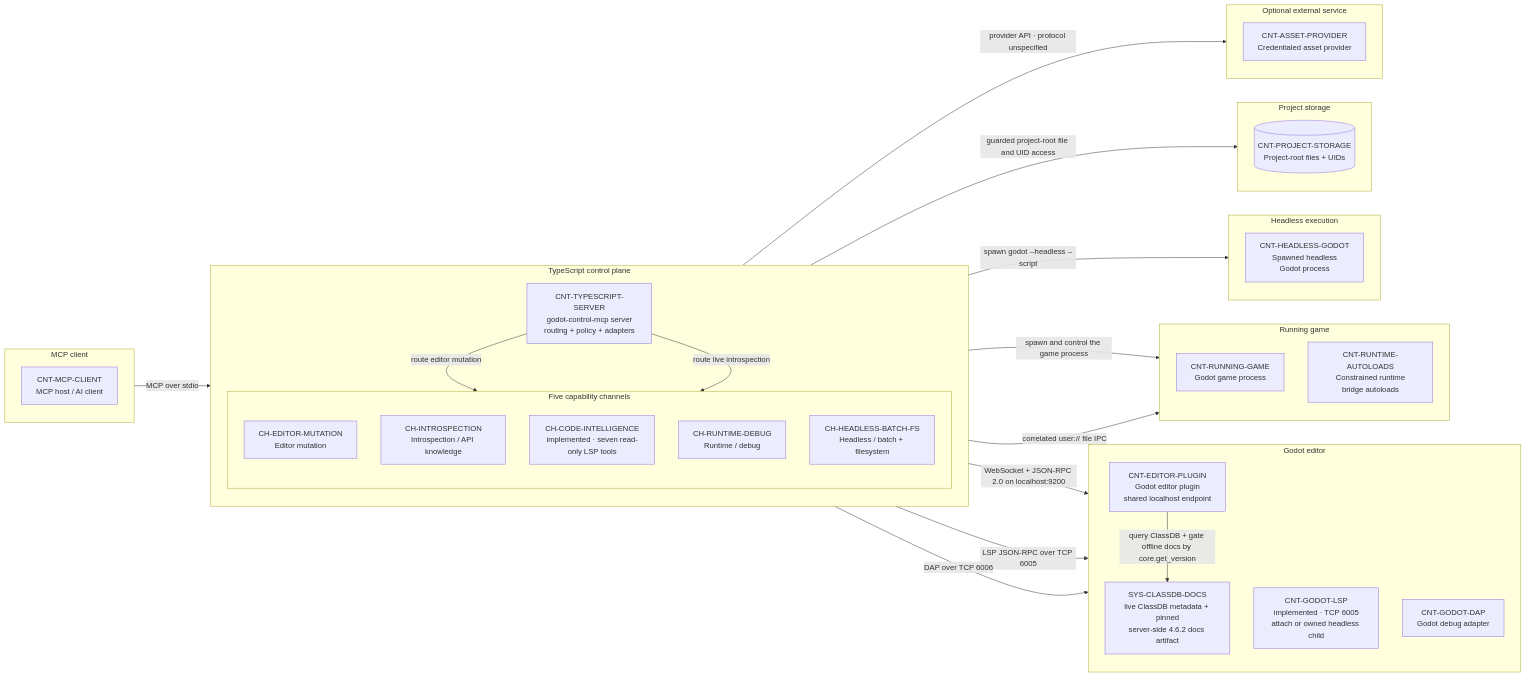
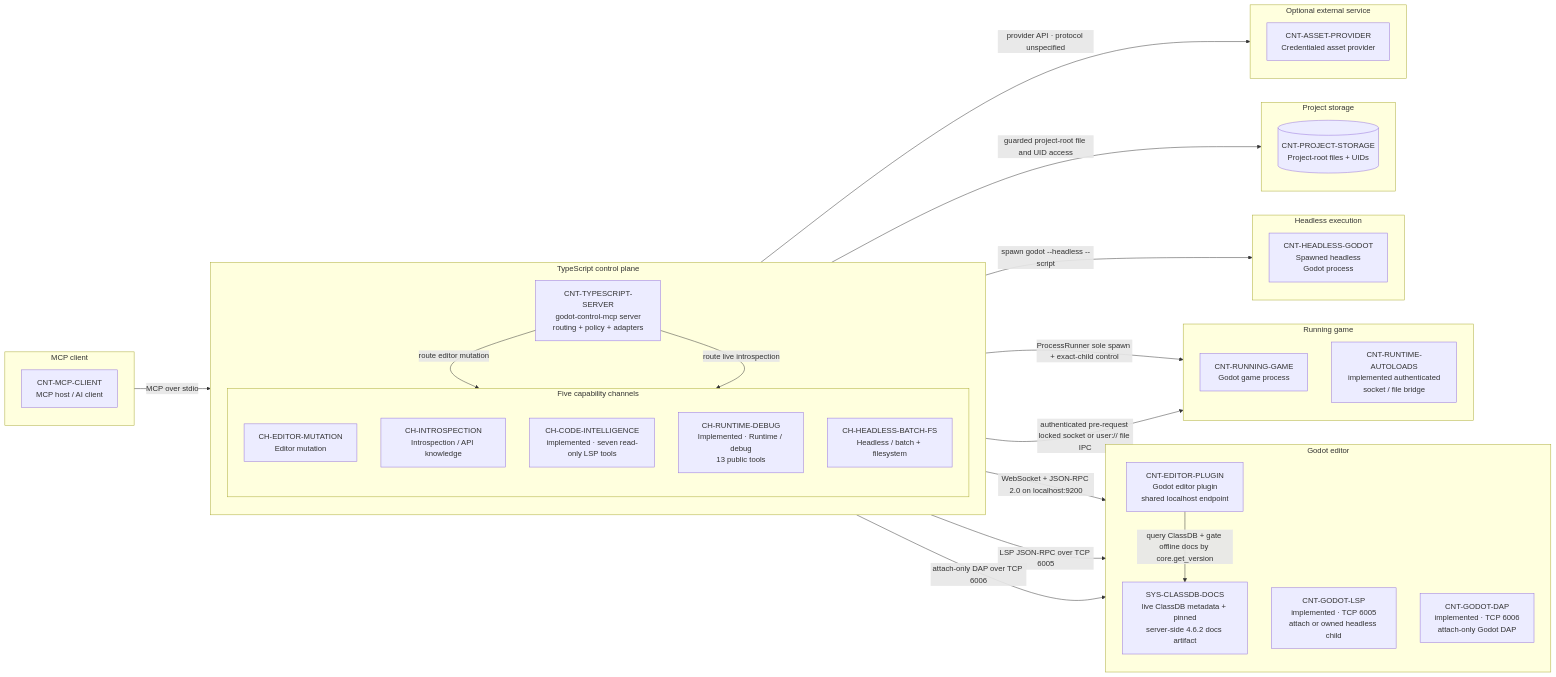
The diagram in docs/architecture/02-container-channels.md (9thLevelSoftware/robogodot), drawn with Mermaid before and after one commit. The commit also changed other lines of this file and 37 other files, not shown here.

```diff
--- a/docs/architecture/02-container-channels.md
+++ b/docs/architecture/02-container-channels.md
@@ -37,7 +37,7 @@
       %% atlas-node: CH-CODE-INTELLIGENCE
       CH_CODE_INTELLIGENCE["CH-CODE-INTELLIGENCE<br/>implemented · seven read-only LSP tools"]
       %% atlas-node: CH-RUNTIME-DEBUG
-      CH_RUNTIME_DEBUG["CH-RUNTIME-DEBUG<br/>Runtime / debug"]
+      CH_RUNTIME_DEBUG["CH-RUNTIME-DEBUG<br/>Implemented · Runtime / debug<br/>13 public tools"]
       %% atlas-node: CH-HEADLESS-BATCH-FS
       CH_HEADLESS_BATCH_FS["CH-HEADLESS-BATCH-FS<br/>Headless / batch + filesystem"]
     end
@@ -52,7 +52,7 @@
     %% atlas-node: CNT-GODOT-LSP
     CNT_GODOT_LSP["CNT-GODOT-LSP<br/>implemented · TCP 6005<br/>attach or owned headless child"]
     %% atlas-node: CNT-GODOT-DAP
-    CNT_GODOT_DAP["CNT-GODOT-DAP<br/>Godot debug adapter"]
+    CNT_GODOT_DAP["CNT-GODOT-DAP<br/>implemented · TCP 6006<br/>attach-only Godot DAP"]
   end
 
   subgraph RUNNING_GAME_BOUNDARY["Running game"]
@@ -60,7 +60,7 @@
     %% atlas-node: CNT-RUNNING-GAME
     CNT_RUNNING_GAME["CNT-RUNNING-GAME<br/>Godot game process"]
     %% atlas-node: CNT-RUNTIME-AUTOLOADS
-    CNT_RUNTIME_AUTOLOADS["CNT-RUNTIME-AUTOLOADS<br/>Constrained runtime<br/>bridge autoloads"]
+    CNT_RUNTIME_AUTOLOADS["CNT-RUNTIME-AUTOLOADS<br/>implemented authenticated<br/>socket / file bridge"]
   end
 
   subgraph HEADLESS_BOUNDARY["Headless execution"]
@@ -94,11 +94,11 @@
   %% atlas-flow: FLOW-CH-006
   CH_CODE_INTELLIGENCE -->|"LSP JSON-RPC over TCP 6005"| CNT_GODOT_LSP
   %% atlas-flow: FLOW-CH-007
-  CH_RUNTIME_DEBUG -->|"spawn and control the game process"| CNT_RUNNING_GAME
+  CH_RUNTIME_DEBUG -->|"ProcessRunner sole spawn + exact-child control"| CNT_RUNNING_GAME
   %% atlas-flow: FLOW-CH-008
-  CH_RUNTIME_DEBUG -->|"DAP over TCP 6006"| CNT_GODOT_DAP
+  CH_RUNTIME_DEBUG -->|"attach-only DAP over TCP 6006"| CNT_GODOT_DAP
   %% atlas-flow: FLOW-CH-009
-  CH_RUNTIME_DEBUG -->|"correlated user:// file IPC"| CNT_RUNTIME_AUTOLOADS
+  CH_RUNTIME_DEBUG -->|"authenticated pre-request locked socket or user:// file IPC"| CNT_RUNTIME_AUTOLOADS
   %% atlas-flow: FLOW-CH-010
   CH_HEADLESS_BATCH_FS -->|"spawn godot --headless --script"| CNT_HEADLESS_GODOT
   %% atlas-flow: FLOW-CH-011
```
